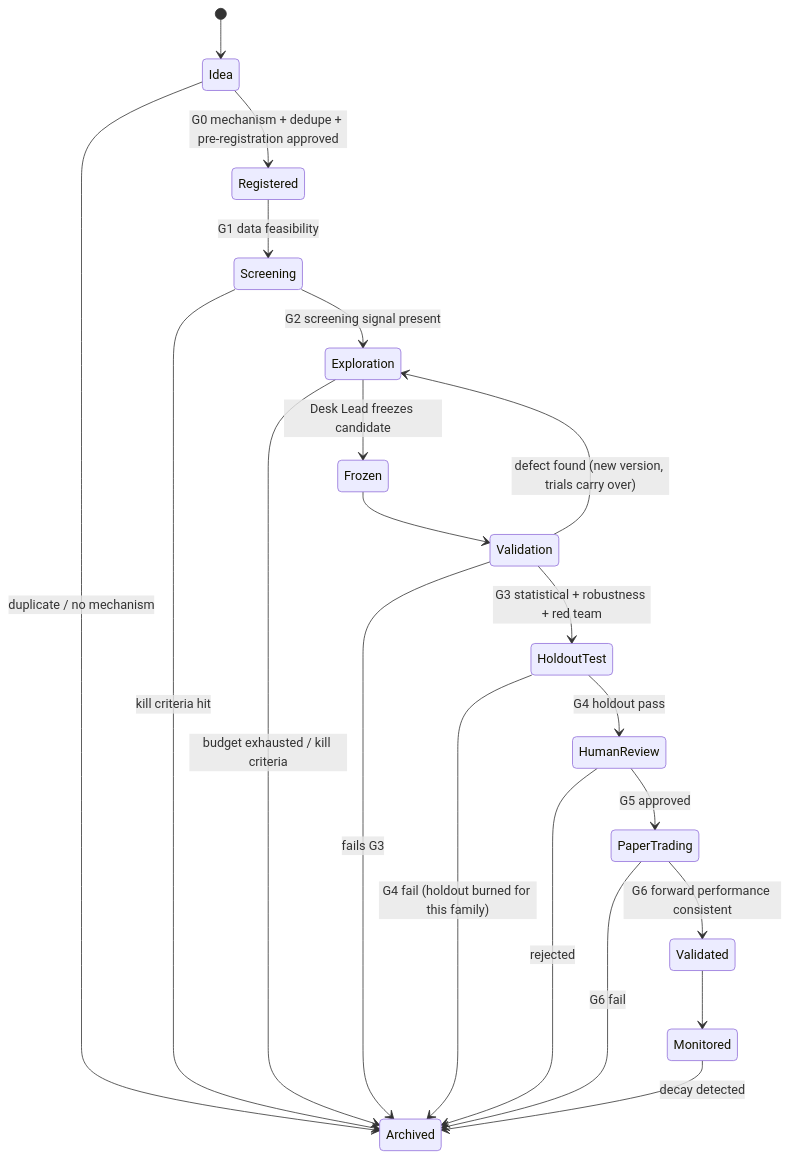
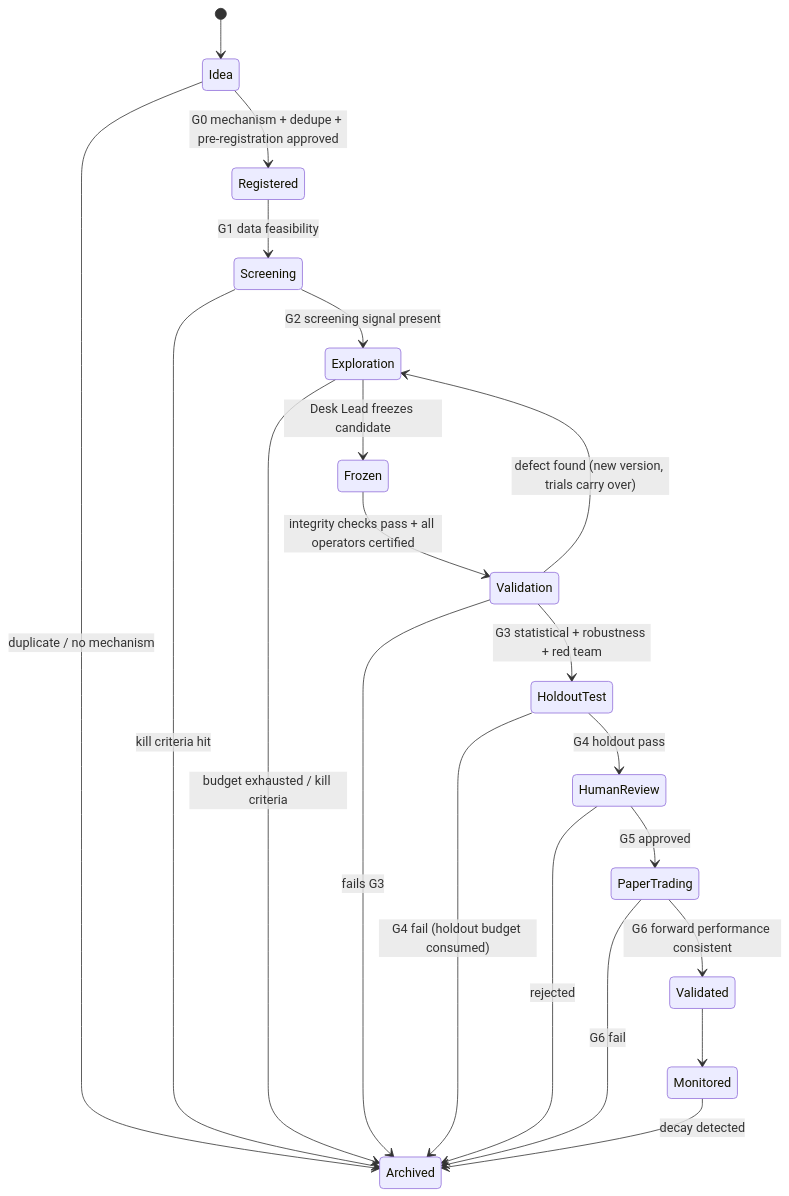
The fifth of 6 diagrams in docs/DESIGN.md (brandongla/qam), drawn with Mermaid before and after one commit. The commit also changed other lines of this file and 1 other file, not shown here.

First line of the commit message:
Design doc v0.2.0: model selection, engine integrity, data ingestion, human requests

````diff
--- a/docs/DESIGN.md
+++ b/docs/DESIGN.md
@@ -244,23 +459,23 @@
 ```mermaid
 stateDiagram-v2
     [*] --> Idea
     Idea --> Registered: G0 mechanism + dedupe + pre-registration approved
     Idea --> Archived: duplicate / no mechanism
     Registered --> Screening: G1 data feasibility
     Screening --> Exploration: G2 screening signal present
     Screening --> Archived: kill criteria hit
     Exploration --> Frozen: Desk Lead freezes candidate
     Exploration --> Archived: budget exhausted / kill criteria
-    Frozen --> Validation
+    Frozen --> Validation: integrity checks pass + all operators certified
     Validation --> HoldoutTest: G3 statistical + robustness + red team
     Validation --> Archived: fails G3
     Validation --> Exploration: defect found (new version, trials carry over)
     HoldoutTest --> HumanReview: G4 holdout pass
-    HoldoutTest --> Archived: G4 fail (holdout burned for this family)
+    HoldoutTest --> Archived: G4 fail (holdout budget consumed)
     HumanReview --> PaperTrading: G5 approved
     HumanReview --> Archived: rejected
     PaperTrading --> Validated: G6 forward performance consistent
     PaperTrading --> Archived: G6 fail
     Validated --> Monitored
     Monitored --> Archived: decay detected
 ```
````
